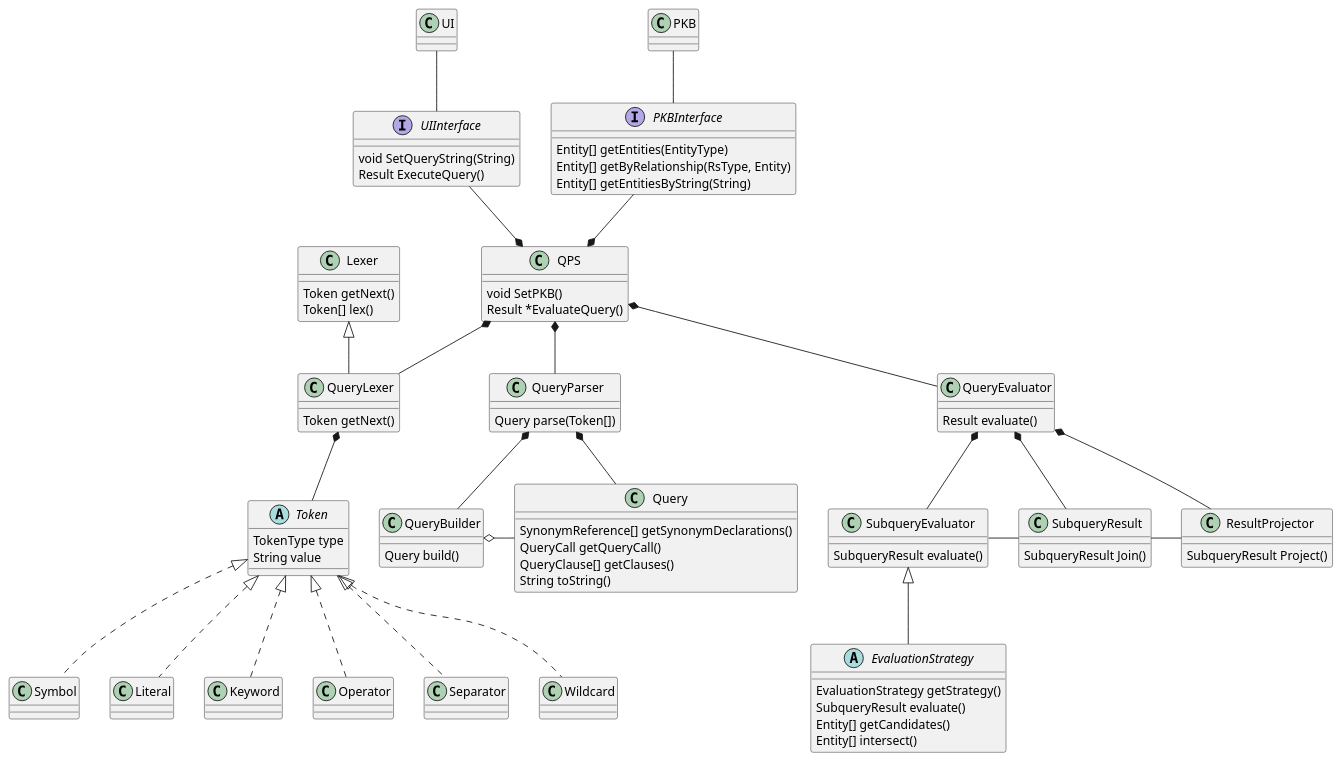
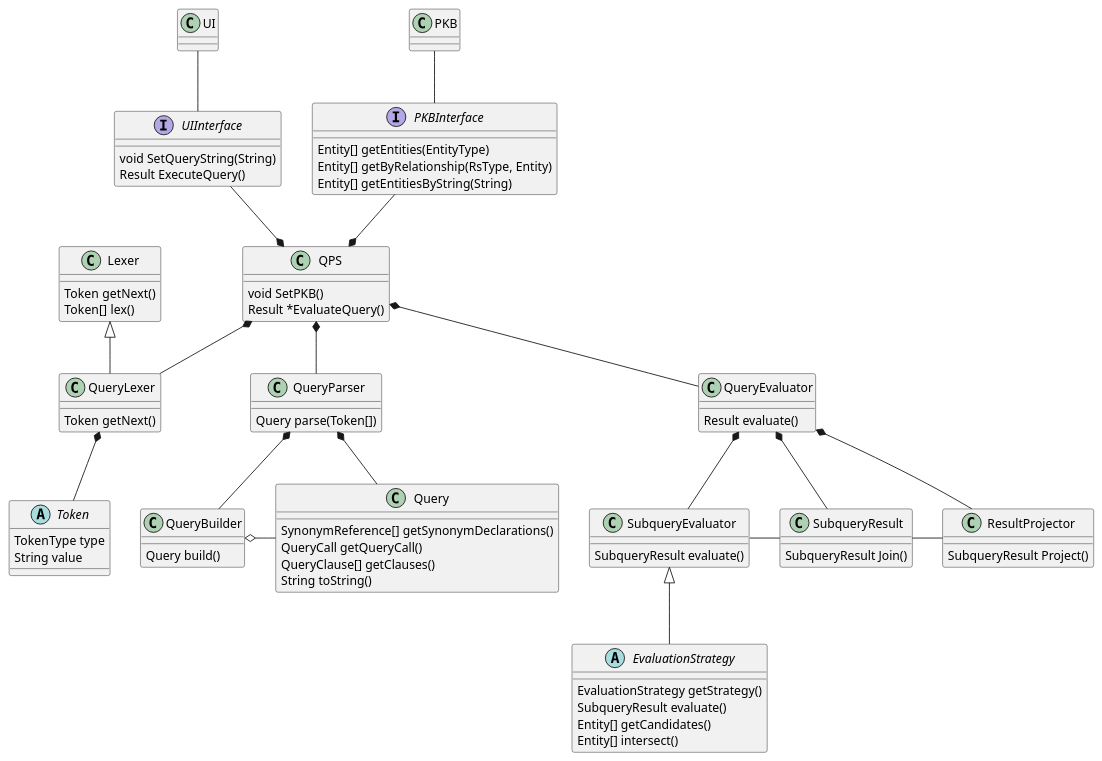
Before and after one commit to mazx4960/static-analyzer: the diagram in docs/diagrams/QPSClassDiagram.puml, drawn with PlantUML. The commit also changed 1 other file, not shown here.

Commit message:
docs: update system diagram

```diff
--- a/docs/diagrams/QPSClassDiagram.puml
+++ b/docs/diagrams/QPSClassDiagram.puml
@@ -1,111 +1,97 @@
 @startuml
 
 abstract class  "Token" {
     TokenType type
     String value
 }
 
-class Symbol
-class Literal
-class Keyword
-class Operator
-class Separator
-class Wildcard
 
 class Query {
     SynonymReference[] getSynonymDeclarations()
     QueryCall getQueryCall()
     QueryClause[] getClauses()
     String toString()
 }
 
 abstract class "EvaluationStrategy" {
     EvaluationStrategy getStrategy()
     SubqueryResult evaluate()
     Entity[] getCandidates()
     Entity[] intersect()
 }
 
 interface UIInterface {
     void SetQueryString(String)
     Result ExecuteQuery()
 }
 
 interface PKBInterface {
     Entity[] getEntities(EntityType)
     Entity[] getByRelationship(RsType, Entity)
     Entity[] getEntitiesByString(String)
 }
 
 class QPS {
     void SetPKB()
 	Result *EvaluateQuery()
 }
 
 class QueryParser {
 	Query parse(Token[])
 }
 
 class QueryBuilder {
 	Query build()
 }
 
 class Lexer {
 	Token getNext()
     Token[] lex()
 }
 
 class QueryLexer {
 	Token getNext()
 }
 
 class QueryEvaluator {
 	Result evaluate()
 }
 
 class SubqueryEvaluator {
 	SubqueryResult evaluate()
 }
 
 class SubqueryResult {
 	SubqueryResult Join()
 }
 
 class ResultProjector {
     SubqueryResult Project()
 }
 
-Token <|.down. Symbol
-Token <|.down. Literal
-Token <|.down. Keyword
-Token <|.down. Operator
-Token <|.down. Separator
-Token <|.down. Wildcard
-
-
 UI -down- UIInterface
 PKB -down- PKBInterface
 
 QPS *-up- UIInterface
 QPS *-up- PKBInterface
 QPS *-down- QueryLexer
 QPS *-down- QueryParser
 QPS *-down- QueryEvaluator
 
 QueryParser *-down- QueryBuilder
 QueryParser *-down- Query
 
 Lexer <|-down- QueryLexer
 
 QueryLexer *-down- Token
 
 QueryBuilder o-right- Query
 
 QueryEvaluator *-down- SubqueryEvaluator
 QueryEvaluator *-down- SubqueryResult
 QueryEvaluator *-down- ResultProjector
 
 SubqueryEvaluator <|-down- EvaluationStrategy
 SubqueryEvaluator -right- SubqueryResult
 SubqueryResult -right- ResultProjector
 @enduml
```
